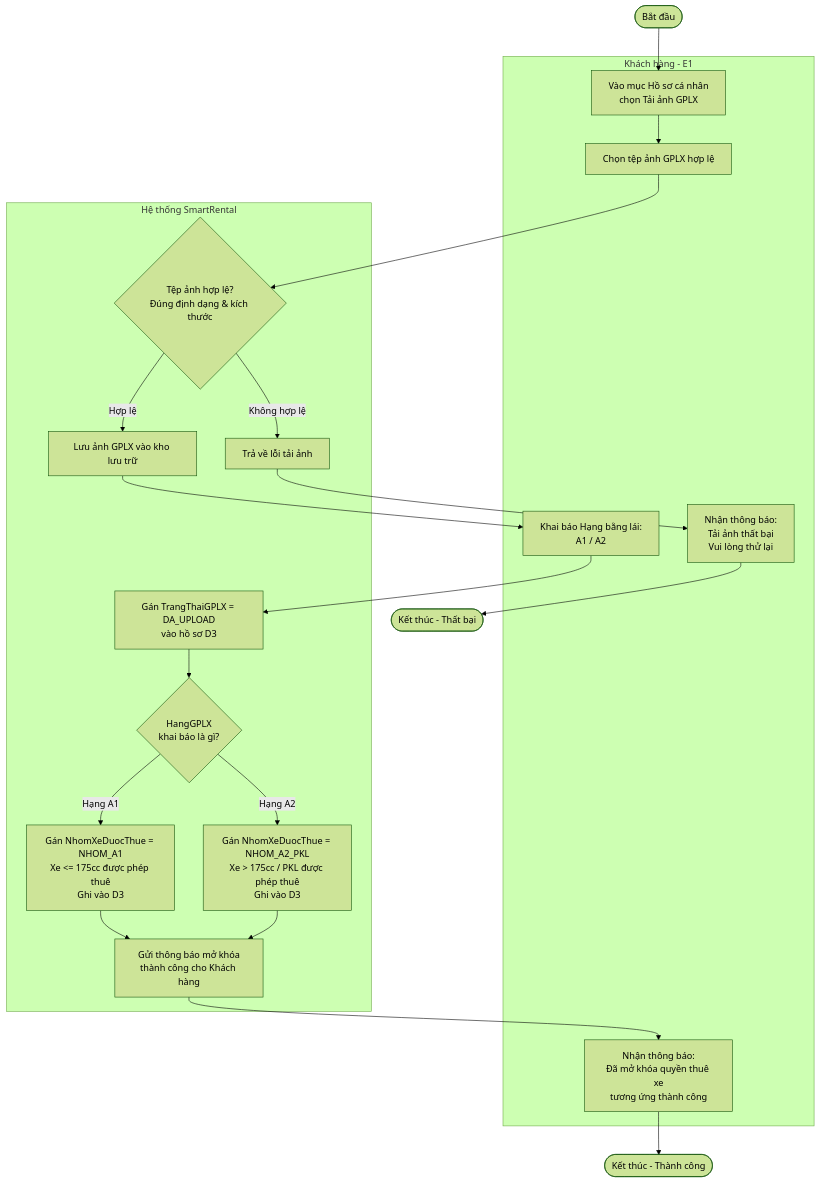
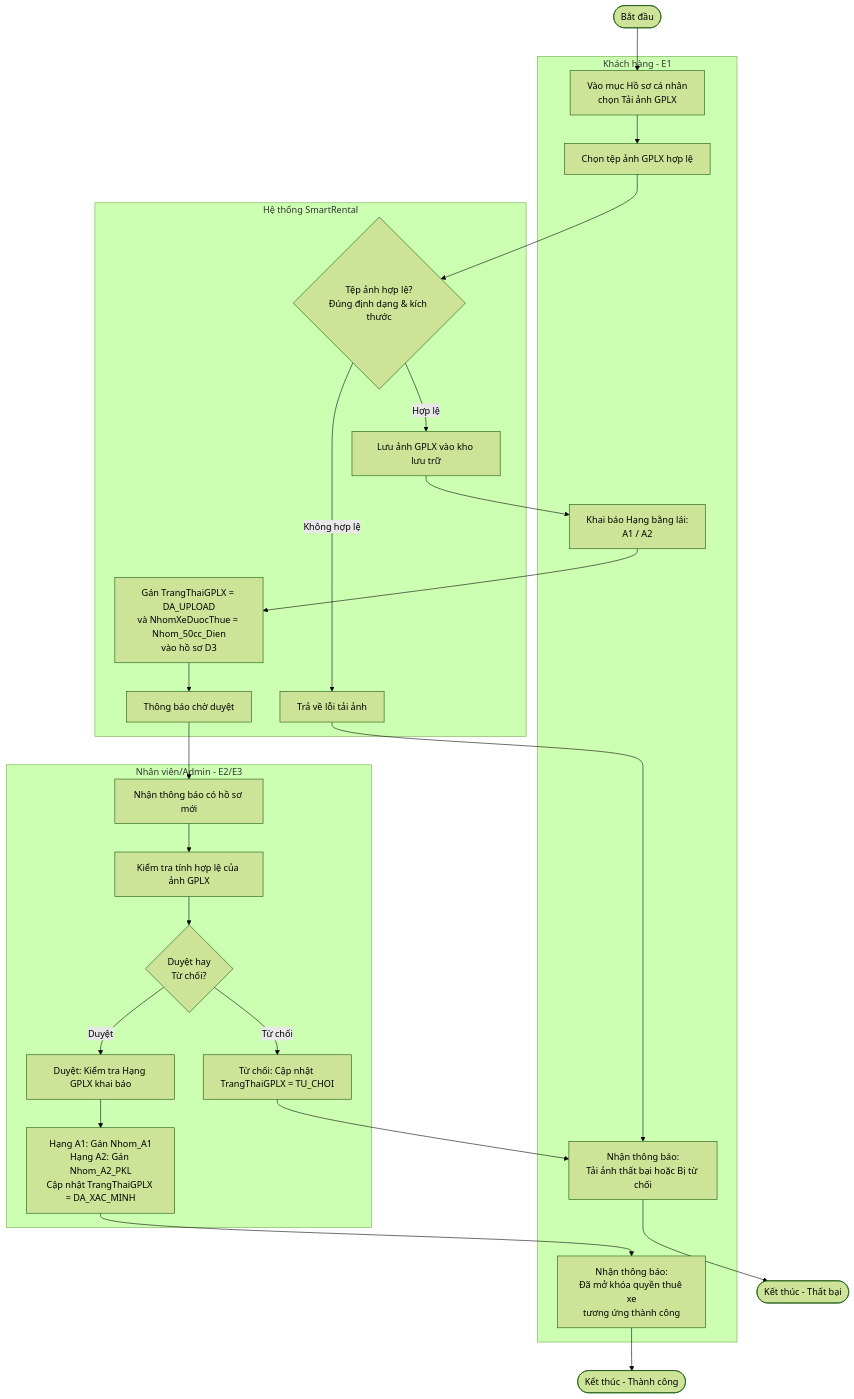
The fifth of 7 diagrams in docs/activity-diagrams.md (Vqd2k6/SAD-UTH), drawn with Mermaid (forest theme) before and after one commit. The commit also changed other lines of this file and 29 other files, not shown here.

````diff
--- a/docs/activity-diagrams.md
+++ b/docs/activity-diagrams.md
@@ -249,30 +250,38 @@
 ```mermaid
 graph TB
     Start([Bắt đầu])
 
     subgraph E1_GPLX [Khách hàng - E1]
         A1[Vào mục Hồ sơ cá nhân\nchọn Tải ảnh GPLX]
         A2[Chọn tệp ảnh GPLX hợp lệ]
         A3[Khai báo Hạng bằng lái:\nA1 / A2]
         A4[Nhận thông báo:\nĐã mở khóa quyền thuê xe\ntương ứng thành công]
-        A5[Nhận thông báo:\nTải ảnh thất bại\nVui lòng thử lại]
+        A5[Nhận thông báo:\nTải ảnh thất bại hoặc Bị từ chối]
     end
 
     subgraph SYS_GPLX [Hệ thống SmartRental]
         S1{Tệp ảnh hợp lệ?\nĐúng định dạng & kích thước}
         S2[Lưu ảnh GPLX vào kho lưu trữ]
-        S3[Gán TrangThaiGPLX = DA_UPLOAD\nvào hồ sơ D3]
-        S4{HangGPLX\nkhai báo là gì?}
-        S5[Gán NhomXeDuocThue = NHOM_A1\nXe <= 175cc được phép thuê\nGhi vào D3]
-        S6[Gán NhomXeDuocThue = NHOM_A2_PKL\nXe > 175cc / PKL được phép thuê\nGhi vào D3]
-        S7[Gửi thông báo mở khóa\nthành công cho Khách hàng]
+        S3[Gán TrangThaiGPLX = DA_UPLOAD\nvà NhomXeDuocThue = Nhom_50cc_Dien\nvào hồ sơ D3]
+        S4[Thông báo chờ duyệt]
         S8[Trả về lỗi tải ảnh]
+    end
+
+    subgraph E2_GPLX [Nhân viên/Admin - E2/E3]
+        NV1[Nhận thông báo có hồ sơ mới]
+        NV2[Kiểm tra tính hợp lệ của ảnh GPLX]
+        NV3{Duyệt hay\nTừ chối?}
+        NV4[Từ chối: Cập nhật TrangThaiGPLX = TU_CHOI]
+        NV5[Duyệt: Kiểm tra Hạng GPLX khai báo]
+        NV6[Hạng A1: Gán Nhom_A1\nHạng A2: Gán Nhom_A2_PKL\nCập nhật TrangThaiGPLX = DA_XAC_MINH]
     end
 
     %% Flow
     Start --> A1 --> A2 --> S1
     S1 -- Không hợp lệ --> S8 --> A5 --> End_Fail([Kết thúc - Thất bại])
     S1 -- Hợp lệ --> S2 --> A3 --> S3 --> S4
-    S4 -- Hạng A1 --> S5 --> S7 --> A4 --> End_OK([Kết thúc - Thành công])
-    S4 -- Hạng A2 --> S6 --> S7
+    
+    S4 --> NV1 --> NV2 --> NV3
+    NV3 -- Từ chối --> NV4 --> A5
+    NV3 -- Duyệt --> NV5 --> NV6 --> A4 --> End_OK([Kết thúc - Thành công])
 ```
````
